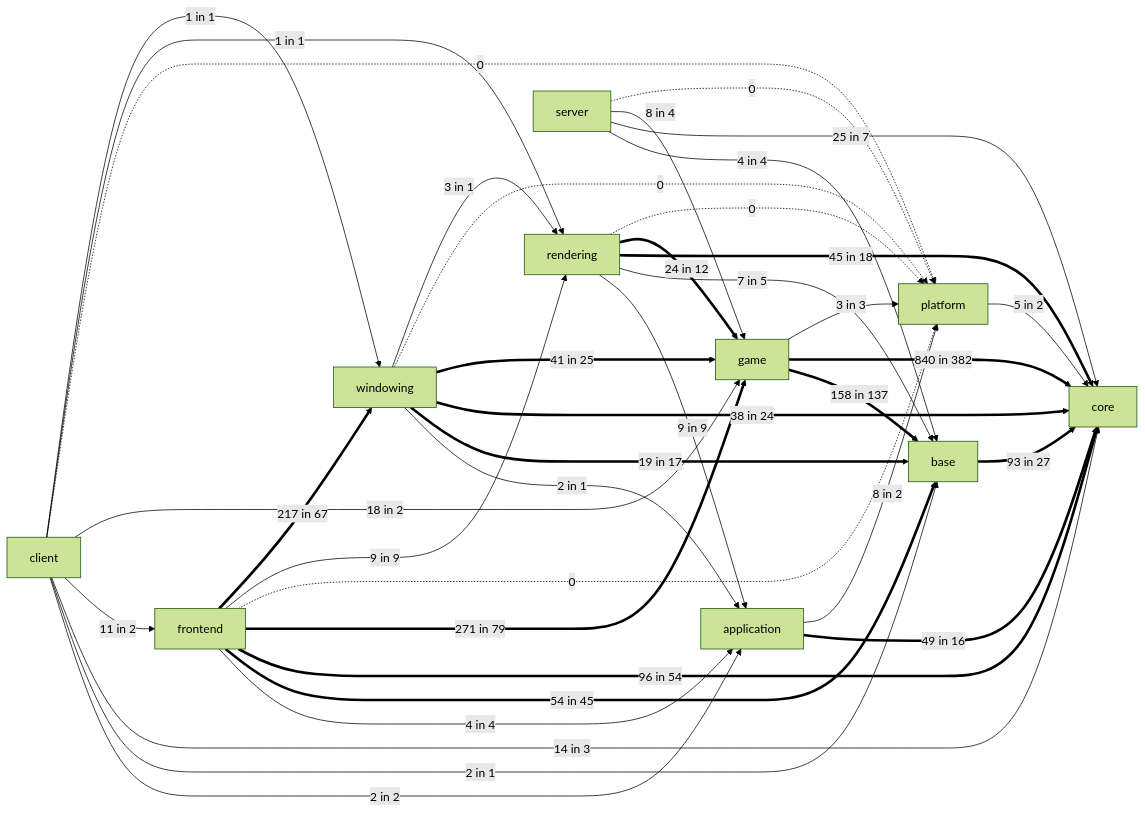
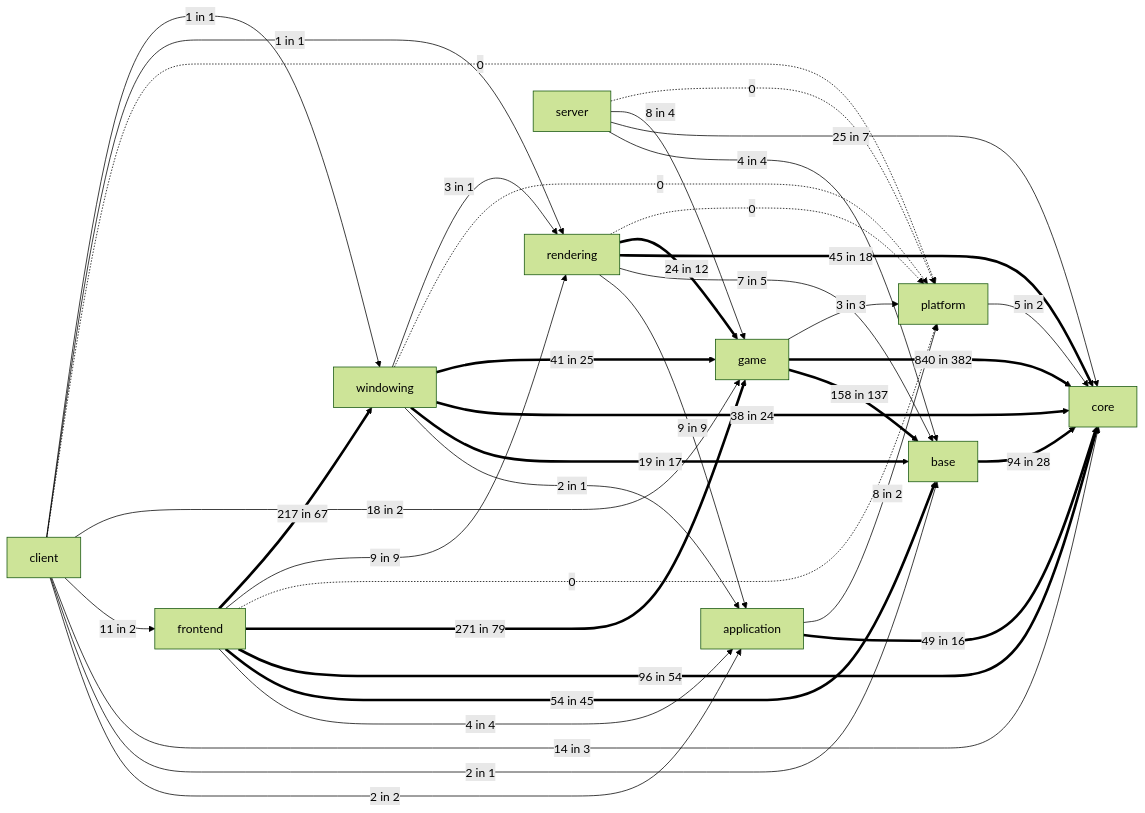
Before and after one commit to apnex/OpenStarbound: the fifth of 11 diagrams in docs/architecture/system-boundaries.md, drawn with Mermaid (forest theme). The commit also changed other lines of this file and 9 other files, not shown here.

````diff
--- a/docs/architecture/system-boundaries.md
+++ b/docs/architecture/system-boundaries.md
@@ -394,40 +394,40 @@
 ```mermaid
 flowchart LR
-  base ==>|93 in 27| core
+  base ==>|94 in 28| core
   platform -->|5 in 2| core
   application ==>|49 in 16| core
   application -->|8 in 2| platform
   game ==>|158 in 137| base
   game ==>|840 in 382| core
   game -->|3 in 3| platform
   rendering -->|9 in 9| application
   rendering -->|7 in 5| base
   rendering ==>|45 in 18| core
   rendering ==>|24 in 12| game
   rendering -.->|0| platform
   windowing -->|2 in 1| application
   windowing ==>|19 in 17| base
   windowing ==>|38 in 24| core
   windowing ==>|41 in 25| game
   windowing -.->|0| platform
   windowing -->|3 in 1| rendering
   frontend -->|4 in 4| application
   frontend ==>|54 in 45| base
   frontend ==>|96 in 54| core
   frontend ==>|271 in 79| game
   frontend -.->|0| platform
   frontend -->|9 in 9| rendering
   frontend ==>|217 in 67| windowing
   client -->|2 in 2| application
   client -->|2 in 1| base
   client -->|14 in 3| core
   client -->|11 in 2| frontend
   client -->|18 in 2| game
   client -.->|0| platform
   client -->|1 in 1| rendering
   client -->|1 in 1| windowing
   server -->|4 in 4| base
   server -->|25 in 7| core
   server -->|8 in 4| game
   server -.->|0| platform
 ```
````
